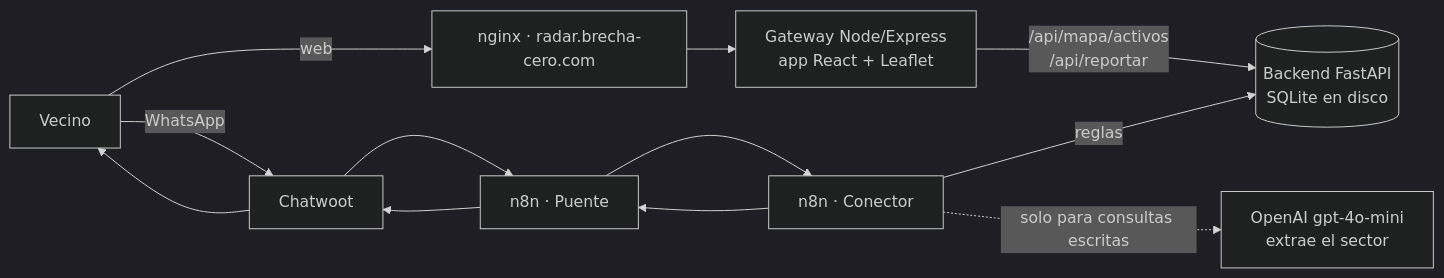
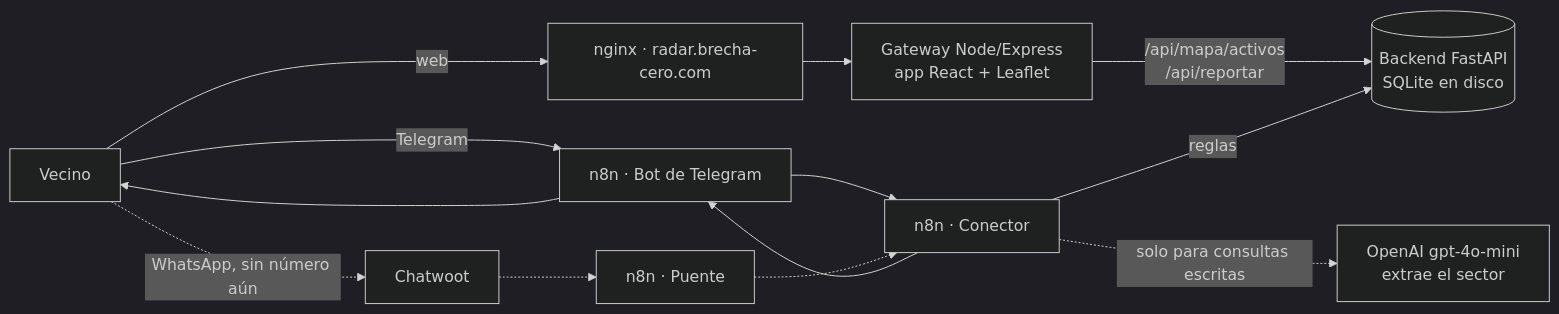
One commit to DanMen-Dev/valencia-luz-core changed the diagram in README.md. Above: the diagram before and after it, drawn with Mermaid (dark theme). The commit also changed other lines of this file and 11 other files, not shown here.

First line of the commit message:
Bot gratuito en Telegram (@RadarCortesBot) y boton 'Compartir el mapa por WhatsApp'

````diff
--- a/README.md
+++ b/README.md
@@ -25,11 +26,13 @@
 ```mermaid
 flowchart LR
     V[Vecino] -->|web| N[nginx · radar.brecha-cero.com]
-    V -->|WhatsApp| C[Chatwoot]
+    V -->|Telegram| T[n8n · Bot de Telegram]
+    V -.->|WhatsApp, sin número aún| C[Chatwoot]
     N --> G[Gateway Node/Express<br/>app React + Leaflet]
     G -->|/api/mapa/activos<br/>/api/reportar| B[(Backend FastAPI<br/>SQLite en disco)]
-    C --> P[n8n · Puente] --> K[n8n · Conector]
+    T --> K[n8n · Conector]
+    C -.-> P[n8n · Puente] -.-> K
     K -->|reglas| B
     K -.->|solo para consultas escritas| O[OpenAI gpt-4o-mini<br/>extrae el sector]
-    K --> P --> C --> V
+    K --> T --> V
 ```
````
